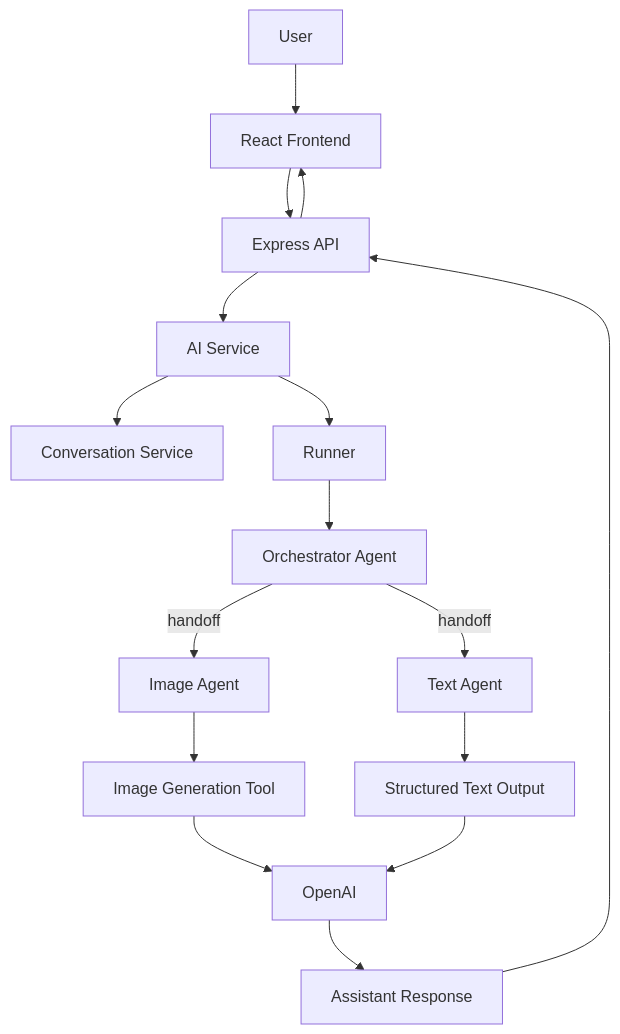
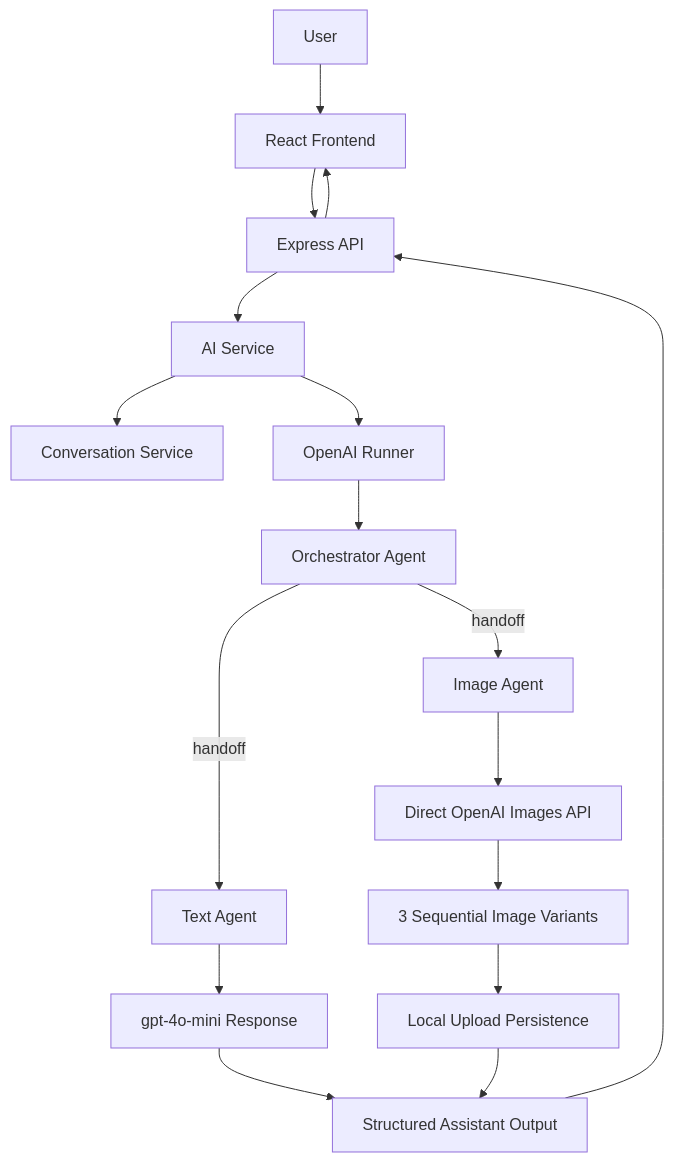
The first of 2 diagrams in README.md (MeetNavadiya1/vizzy_chatbot), drawn with Mermaid before and after one commit. The commit also changed other lines of this file and 2 other files, not shown here.

Commit message:
updated the image generation flow for multi image

````diff
--- a/README.md
+++ b/README.md
@@ -68,18 +77,19 @@
 ```mermaid
 flowchart TD
     A[User] --> B[React Frontend]
     B --> C[Express API]
     C --> D[AI Service]
     D --> E[Conversation Service]
-    D --> F[Runner]
+    D --> F[OpenAI Runner]
     F --> G[Orchestrator Agent]
     G -->|handoff| H[Image Agent]
     G -->|handoff| I[Text Agent]
-    H --> J[Image Generation Tool]
-    I --> K[Structured Text Output]
-    J --> L[OpenAI]
-    K --> L
-    L --> M[Assistant Response]
-    M --> C
+    H --> J[Direct OpenAI Images API]
+    I --> K[gpt-4o-mini Response]
+    J --> L[3 Sequential Image Variants]
+    L --> M[Local Upload Persistence]
+    K --> N[Structured Assistant Output]
+    M --> N
+    N --> C
     C --> B
 ```
````
